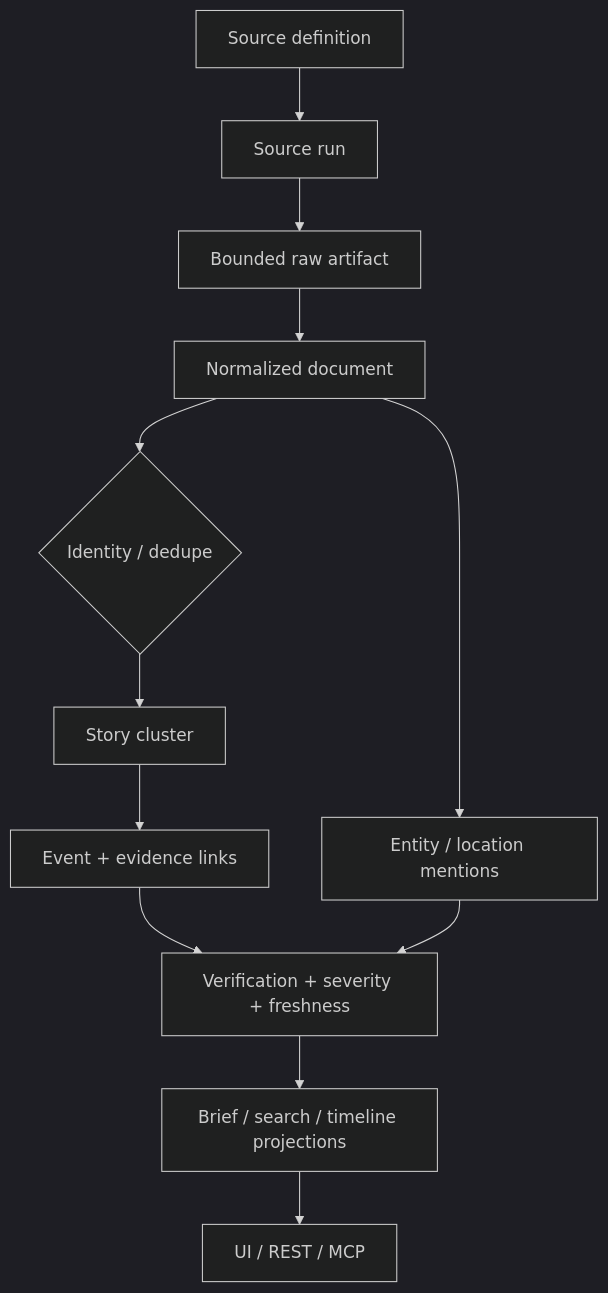
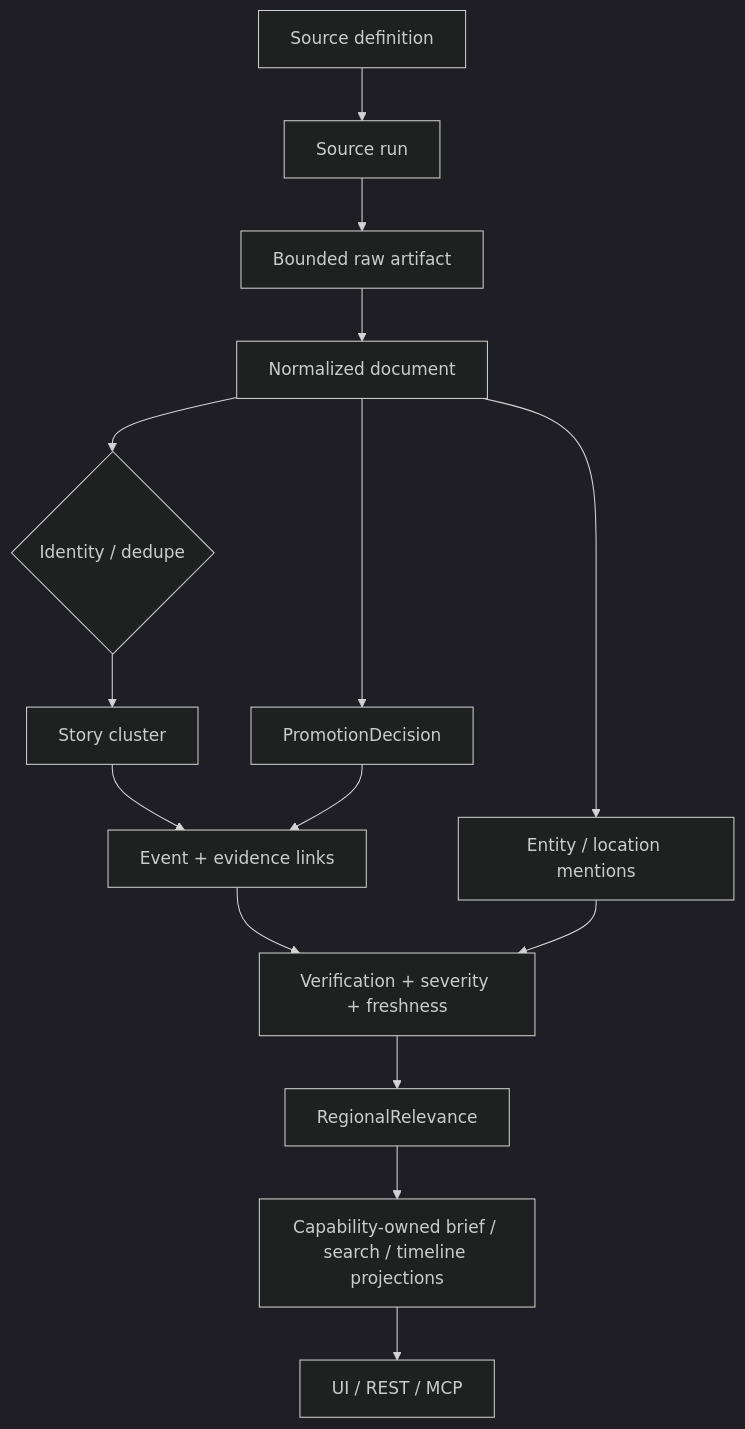
One commit to lulu930128/Open-Intel-Atlas changed the second of 2 diagrams in docs/architecture/SystemArchitecture.md. Above: the diagram before and after it, drawn with Mermaid (dark theme). The commit also changed other lines of this file and 71 other files, not shown here.

````diff
--- a/docs/architecture/SystemArchitecture.md
+++ b/docs/architecture/SystemArchitecture.md
@@ -70,14 +70,17 @@
 ```mermaid
 flowchart TD
     A[Source definition] --> B[Source run]
     B --> C[Bounded raw artifact]
     C --> D[Normalized document]
     D --> E{Identity / dedupe}
     E --> F[Story cluster]
     F --> G[Event + evidence links]
+    D --> P[PromotionDecision]
+    P --> G
     D --> H[Entity / location mentions]
     G --> I[Verification + severity + freshness]
     H --> I
-    I --> J[Brief / search / timeline projections]
+    I --> R[RegionalRelevance]
+    R --> J[Capability-owned brief / search / timeline projections]
     J --> K[UI / REST / MCP]
 ```
````
